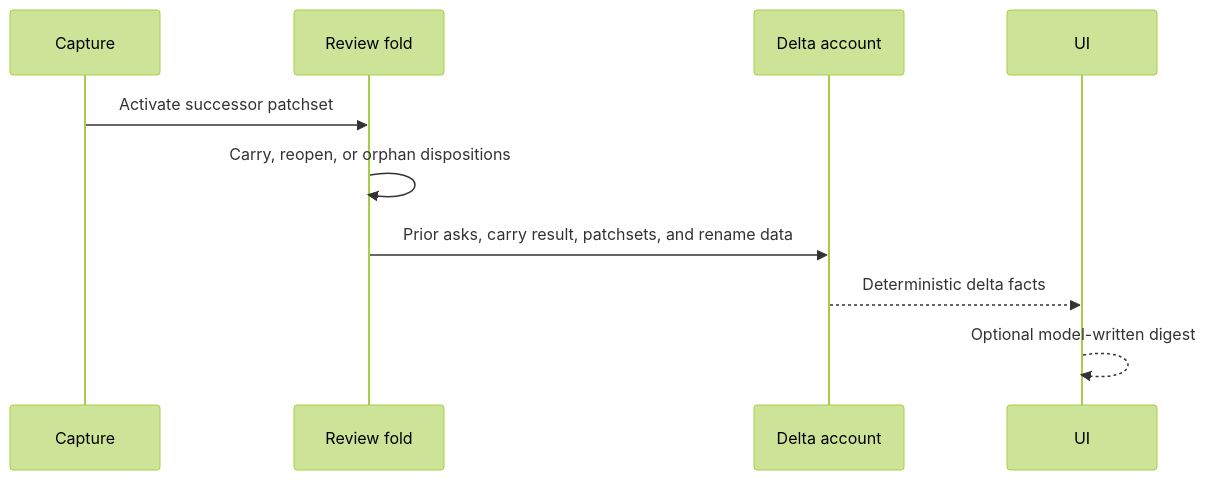
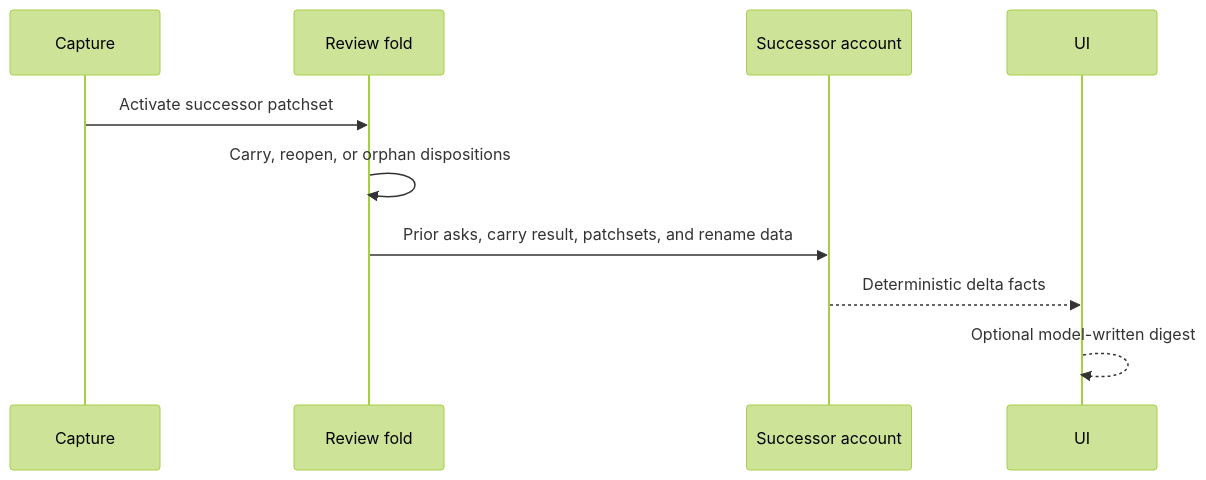
Before and after one commit to rbutera/Rennet: the third of 3 diagrams in docs/developing/concepts/delta-rereview-and-lineage.md, drawn with Mermaid (forest theme). The commit also changed other lines of this file and 3 other files, not shown here.

Commit message:
docs(b2): task 8.2 — rename delta account to successor account across concept + guide pages (#489)

````diff
--- a/docs/developing/concepts/delta-rereview-and-lineage.md
+++ b/docs/developing/concepts/delta-rereview-and-lineage.md
@@ -106,13 +106,13 @@
 ```mermaid
 sequenceDiagram
   participant Capture
   participant Fold as Review fold
-  participant Account as Delta account
+  participant Account as Successor account
   participant UI
 
   Capture->>Fold: Activate successor patchset
   Fold->>Fold: Carry, reopen, or orphan dispositions
   Fold->>Account: Prior asks, carry result, patchsets, and rename data
   Account-->>UI: Deterministic delta facts
   UI-->>UI: Optional model-written digest
 ```
````
